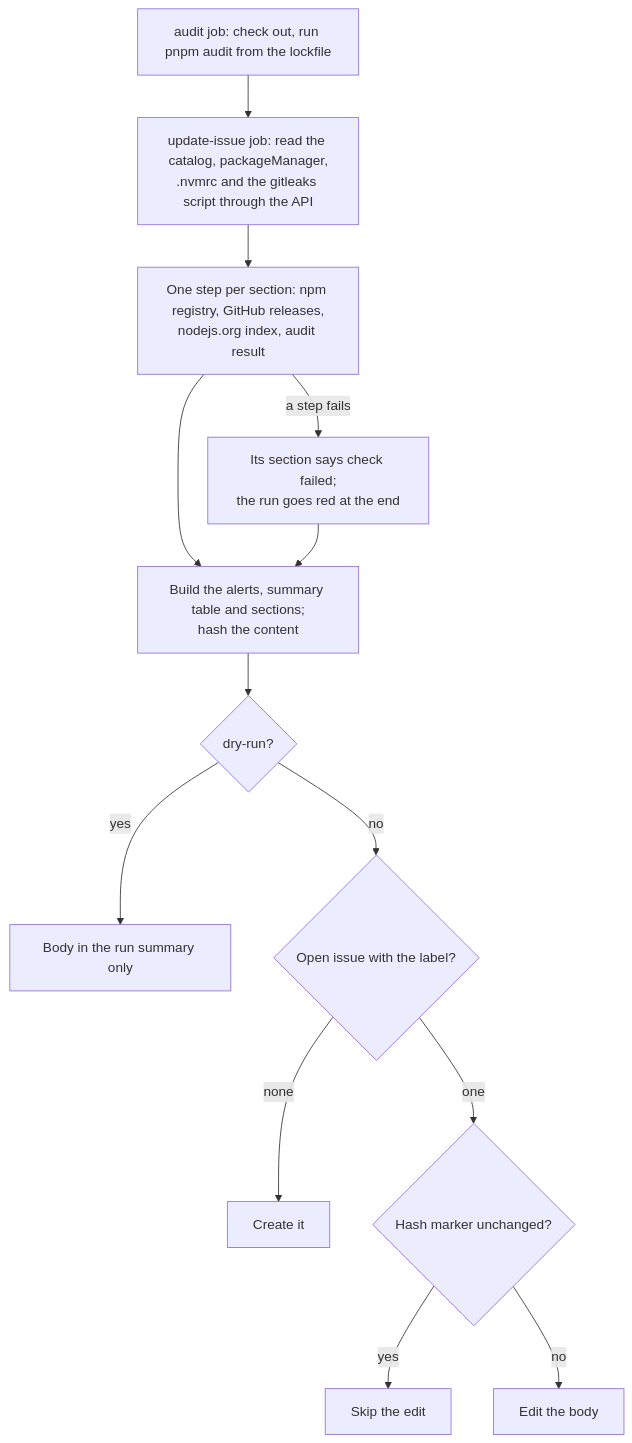
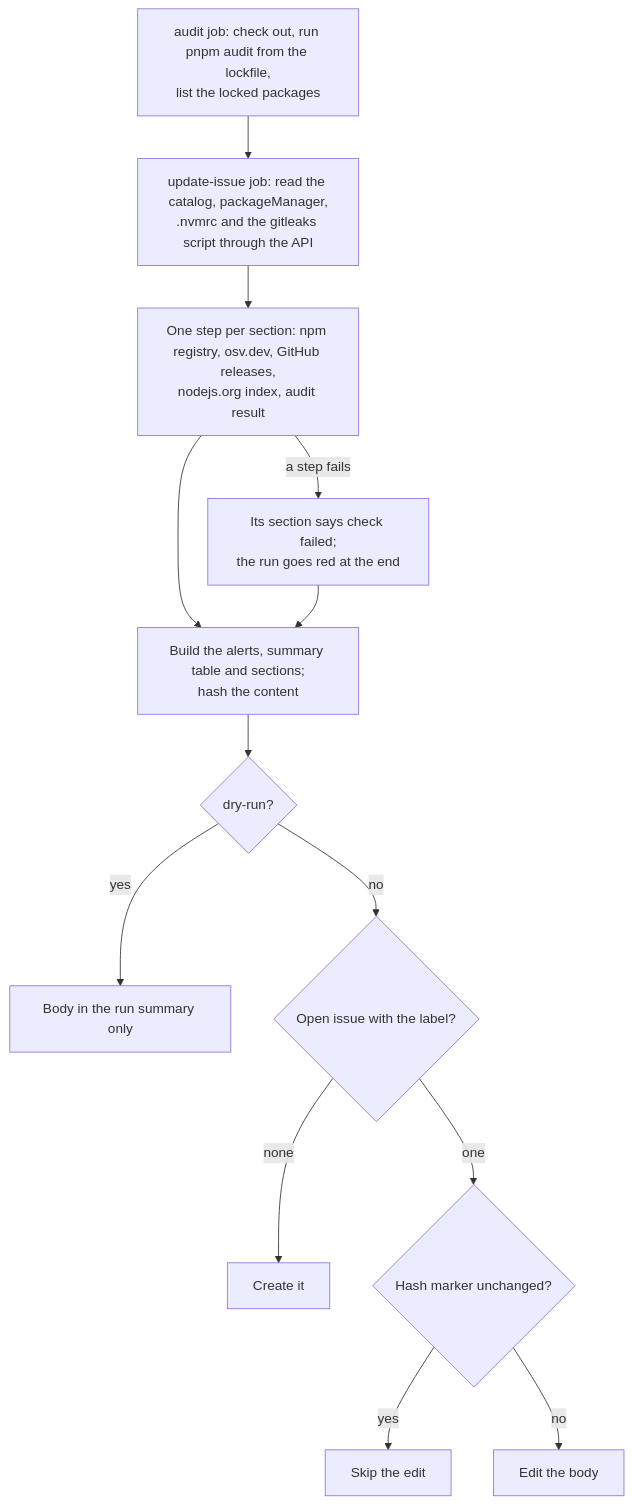
One commit to valuecodes/automation changed the diagram in README.md. Above: the diagram before and after it, drawn with Mermaid. The commit also changed other lines of this file and 1 other file, not shown here.

````diff
--- a/README.md
+++ b/README.md
@@ -43,15 +53,15 @@
 ```mermaid
 flowchart TD
-    A[audit job: check out, run pnpm audit from the lockfile] --> B[update-issue job: read the catalog, packageManager,<br>.nvmrc and the gitleaks script through the API]
-    B --> C[One step per section: npm registry, GitHub releases,<br>nodejs.org index, audit result]
+    A[audit job: check out, run pnpm audit from the lockfile,<br>list the locked packages] --> B[update-issue job: read the catalog, packageManager,<br>.nvmrc and the gitleaks script through the API]
+    B --> C[One step per section: npm registry, osv.dev, GitHub releases,<br>nodejs.org index, audit result]
     C -- a step fails --> C2[Its section says check failed;<br>the run goes red at the end]
     C --> D[Build the alerts, summary table and sections;<br>hash the content]
     C2 --> D
     D --> DR{dry-run?}
     DR -- yes --> Z2[Body in the run summary only]
     DR -- no --> E{Open issue with the label?}
     E -- none --> F[Create it]
     E -- one --> G{Hash marker unchanged?}
     G -- yes --> Z[Skip the edit]
     G -- no --> H[Edit the body]
 ```
````
